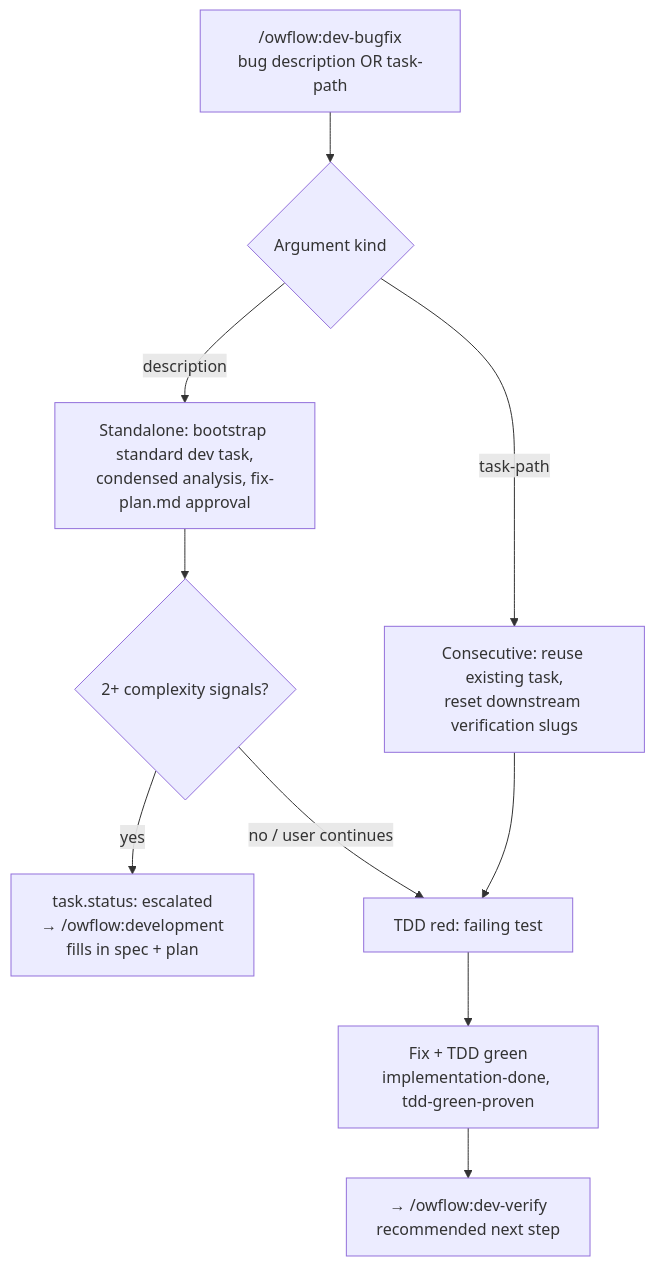
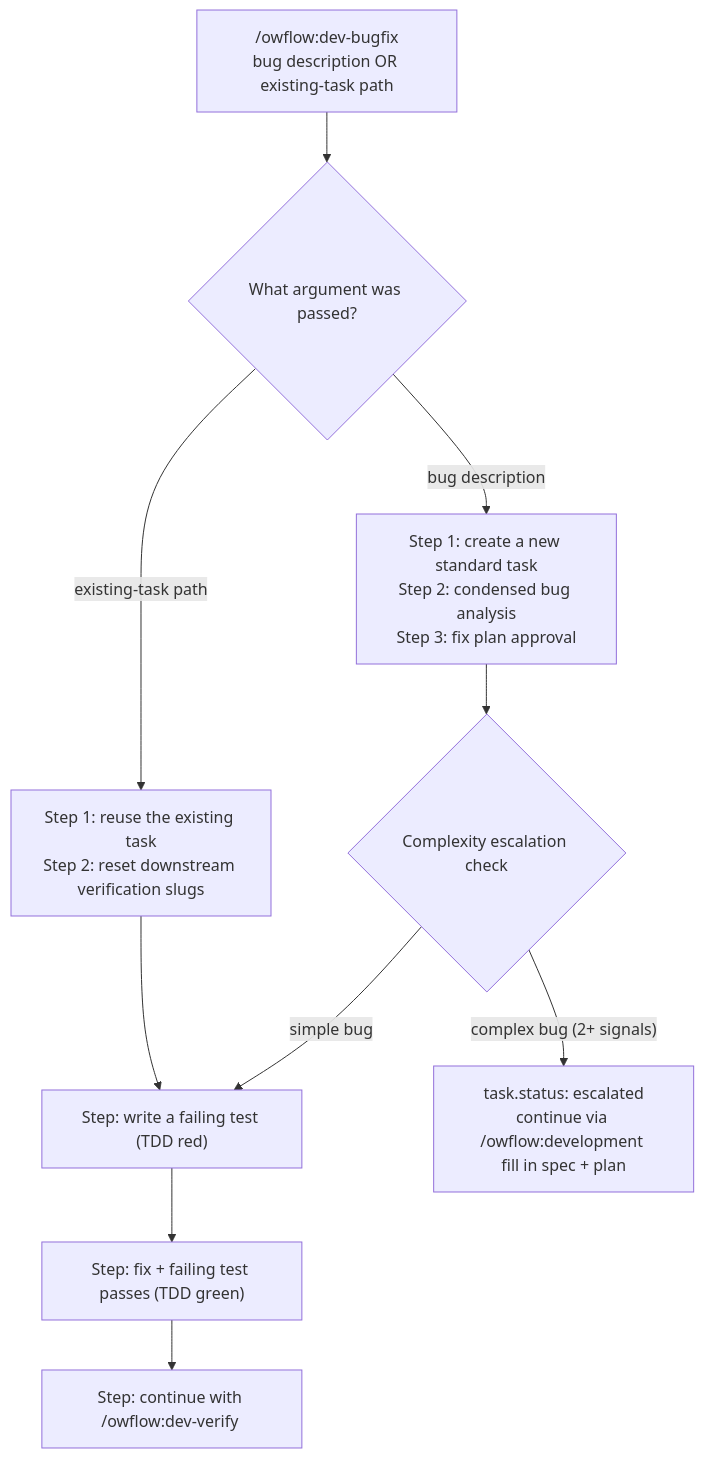
One commit to palucdev/owflow changed the third of 5 diagrams in docs/workflows.md. Above: the diagram before and after it, drawn with Mermaid. The commit also changed other lines of this file and 39 other files, not shown here.

Commit message:
Review remarks - wording and diagrams

````diff
--- a/docs/workflows.md
+++ b/docs/workflows.md
@@ -72,12 +74,12 @@
 ```mermaid
 flowchart TD
-    B["/owflow:dev-bugfix<br/>bug description OR task-path"] --> Mode{"Argument kind"}
-    Mode -- "description" --> Stand["Standalone: bootstrap standard dev task,<br/>condensed analysis, fix-plan.md approval"]
-    Mode -- "task-path" --> Cons["Consecutive: reuse existing task,<br/>reset downstream verification slugs"]
-    Stand --> Esc{"2+ complexity signals?"}
-    Esc -- "yes" --> Escalate["task.status: escalated<br/>→ /owflow:development <task-path><br/>fills in spec + plan"]
-    Esc -- "no / user continues" --> Red["TDD red: failing test"]
-    Cons --> Red
-    Red --> Green["Fix + TDD green<br/>implementation-done, tdd-green-proven"]
-    Green --> Verify["→ /owflow:dev-verify <task-path><br/>recommended next step"]
+    B["/owflow:dev-bugfix<br/>bug description OR existing-task path"] --> Mode{"What argument was passed?"}
+    Mode -- "bug description" --> Stand["Step 1: create a new standard task<br/>Step 2: condensed bug analysis<br/>Step 3: fix plan approval"]
+    Mode -- "existing-task path" --> Cons["Step 1: reuse the existing task<br/>Step 2: reset downstream verification slugs"]
+    Stand --> Esc{"Complexity escalation check"}
+    Esc -- "simple bug" --> Red
+    Esc -- "complex bug (2+ signals)" --> Escalate["task.status: escalated<br/>continue via /owflow:development <task-path><br/>fill in spec + plan"]
+    Cons --> Red["Step: write a failing test (TDD red)"]
+    Red --> Green["Step: fix + failing test passes (TDD green)"]
+    Green --> Verify["Step: continue with /owflow:dev-verify <task-path>"]
 ```
````
